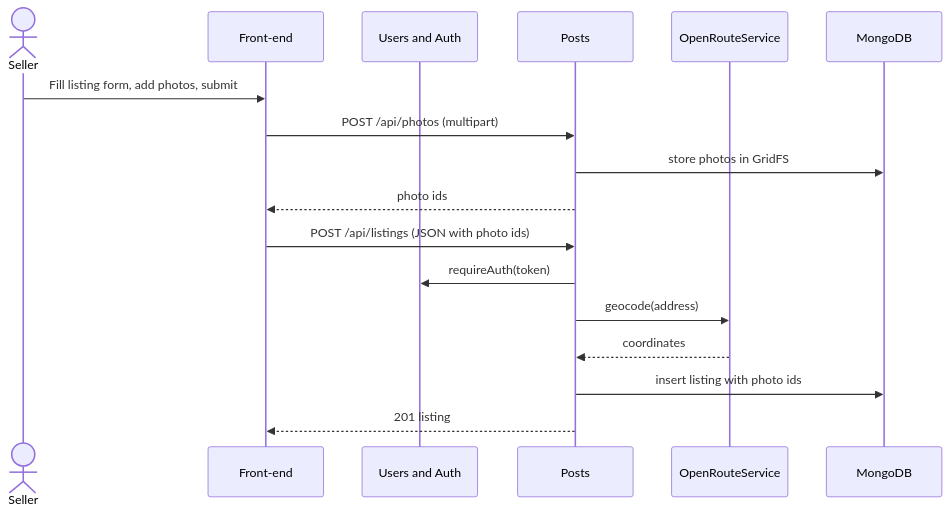
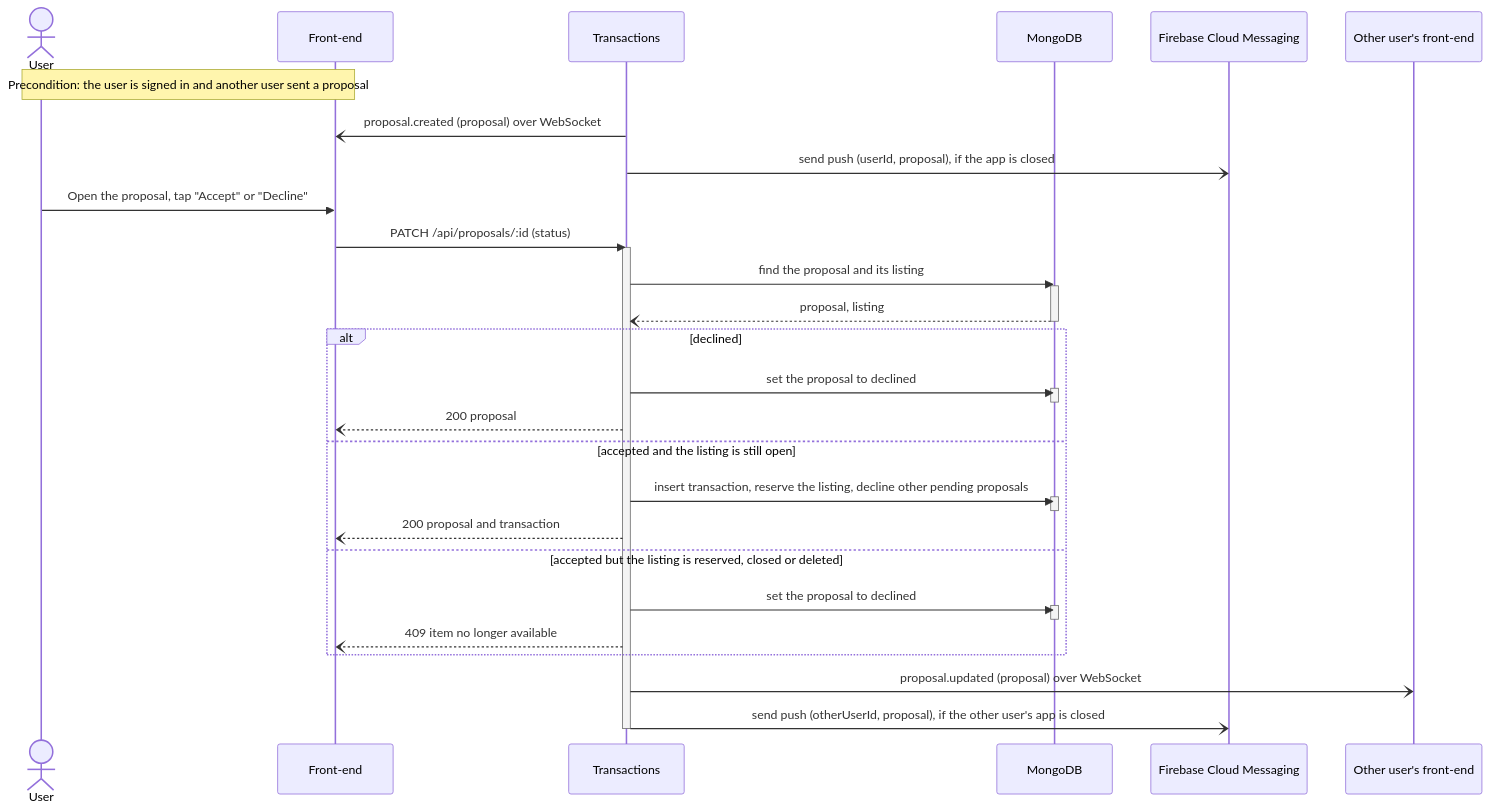
Before and after one commit to m1lun/m1skeletonProject: the third of 6 diagrams in documentation/Requirements_and_Design.md, drawn with Mermaid. The commit also changed other lines of this file and 3 other files, not shown here.

First line of the commit message:
docs: align requirements and design diagrams with the use cases and components

````diff
--- a/documentation/Requirements_and_Design.md
+++ b/documentation/Requirements_and_Design.md
@@ -443,19 +512,38 @@
 ```mermaid
 sequenceDiagram
-    actor S as Seller
+    actor U as User
     participant FE as Front-end
-    participant UA as Users and Auth
-    participant P as Posts
-    participant ORS as OpenRouteService
+    participant T as Transactions
     participant DB as MongoDB
-    S->>FE: Fill listing form, add photos, submit
-    FE->>P: POST /api/photos (multipart)
-    P->>DB: store photos in GridFS
-    P-->>FE: photo ids
-    FE->>P: POST /api/listings (JSON with photo ids)
-    P->>UA: requireAuth(token)
-    P->>ORS: geocode(address)
-    ORS-->>P: coordinates
-    P->>DB: insert listing with photo ids
-    P-->>FE: 201 listing
+    participant FCM as Firebase Cloud Messaging
+    participant O as Other user's front-end
+    Note over U,FE: Precondition: the user is signed in and another user sent a proposal
+    T-)FE: proposal.created (proposal) over WebSocket
+    T-)FCM: send push (userId, proposal), if the app is closed
+    U->>FE: Open the proposal, tap "Accept" or "Decline"
+    FE->>T: PATCH /api/proposals/:id (status)
+    activate T
+    T->>DB: find the proposal and its listing
+    activate DB
+    DB--)T: proposal, listing
+    deactivate DB
+    alt declined
+        T->>DB: set the proposal to declined
+        activate DB
+        deactivate DB
+        T--)FE: 200 proposal
+    else accepted and the listing is still open
+        T->>DB: insert transaction, reserve the listing, decline other pending proposals
+        activate DB
+        deactivate DB
+        T--)FE: 200 proposal and transaction
+    else accepted but the listing is reserved, closed or deleted
+        T->>DB: set the proposal to declined
+        activate DB
+        deactivate DB
+        T--)FE: 409 item no longer available
+    end
+    T-)O: proposal.updated (proposal) over WebSocket
+    T-)FCM: send push (otherUserId, proposal), if the other user's app is closed
+    deactivate T
 ```
````
